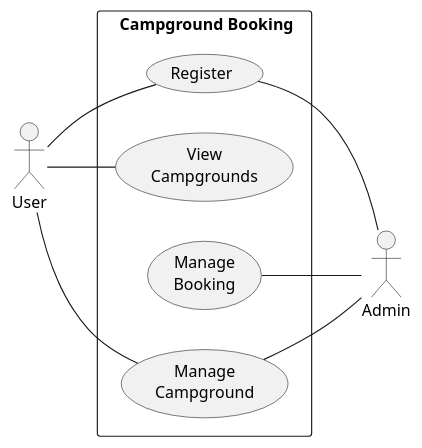
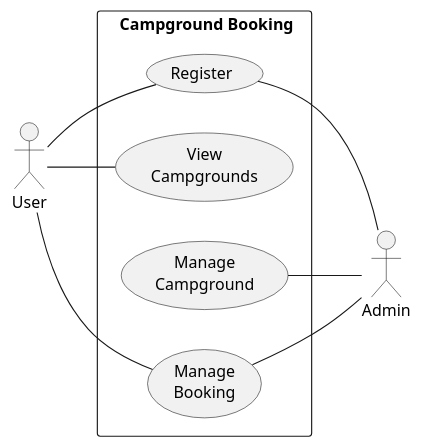
The diagram in Diagram/Use case diagram/UseCaseDiagram.puml (thamthorn/Campground-Backend), drawn with PlantUML before and after one commit.

Commit message:
change diagram

```diff
--- a/Diagram/Use case diagram/UseCaseDiagram.puml
+++ b/Diagram/Use case diagram/UseCaseDiagram.puml
@@ -1,20 +1,20 @@
 @startuml  Campground Booking Use Case Diagram
 left to right direction
 actor "User" as user
 rectangle " Campground Booking" as  CampgroundBooking {    
     usecase "Register" as register
     usecase "View\nCampgrounds" as viewCampgrounds
+    usecase "Manage\nCampground" as manageCampground
     usecase "Manage\nBooking" as manageBooking
-    usecase "Manage\nCampground" as manageCampground
 }
 
 user -- register
 user -- viewCampgrounds
-user -- manageCampground
+user -- manageBooking
 
 actor "Admin" as admin
 register -- admin
+manageBooking-- admin
 manageCampground -- admin
-manageBooking -- admin
 
 @enduml
```
